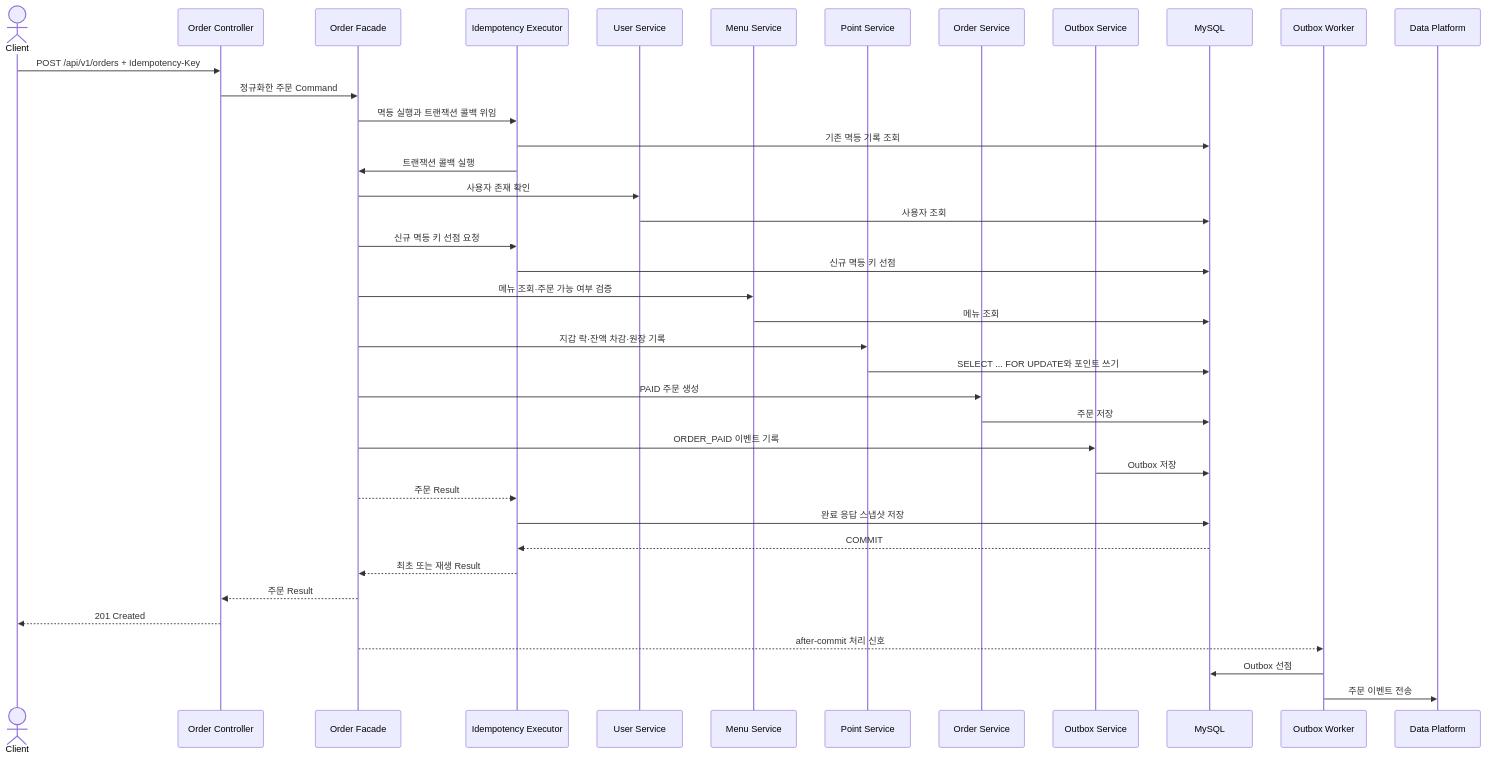
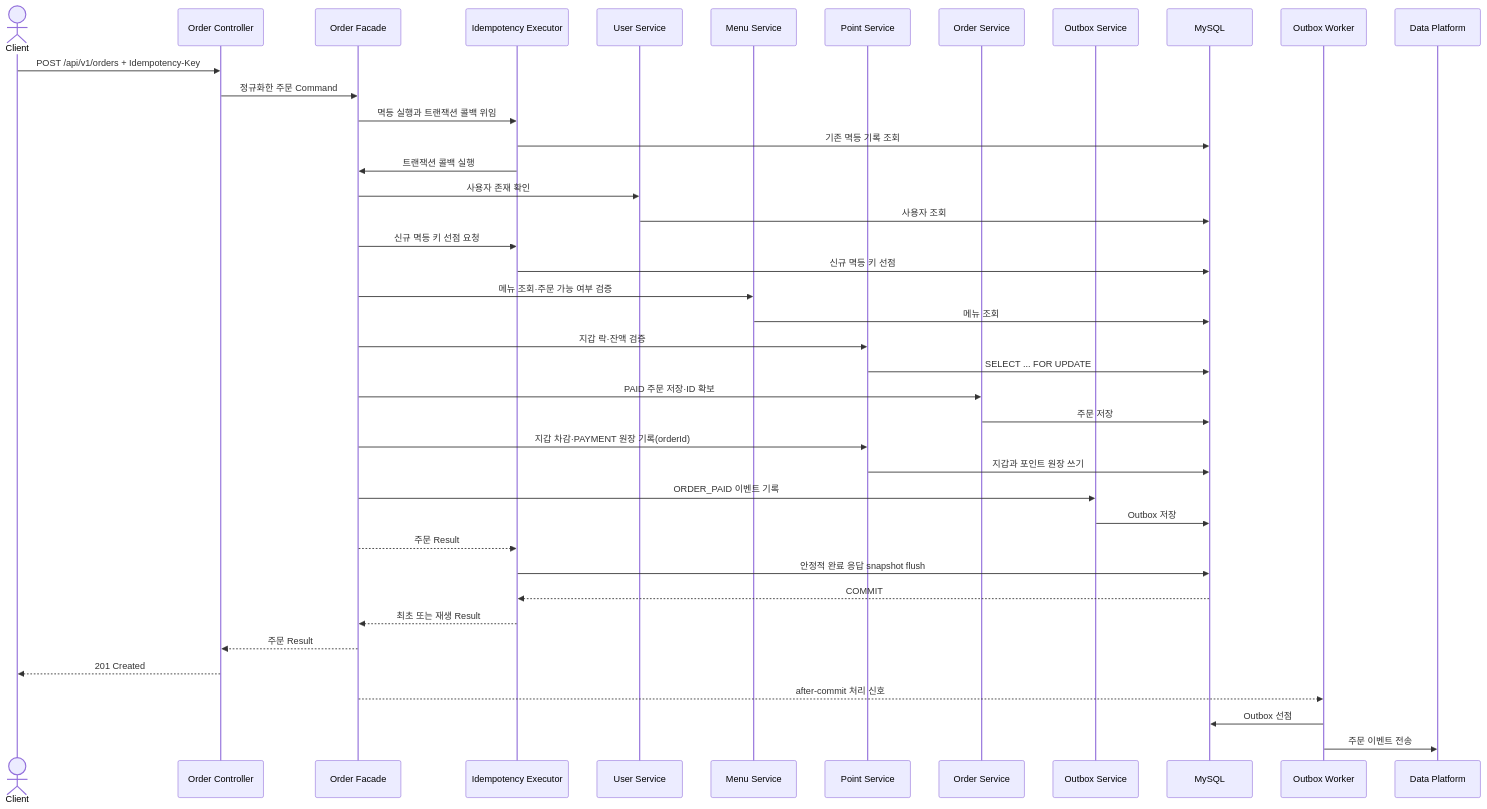
The fourth of 4 diagrams in docs/ARCHITECTURE.md (vanilalatte03/coffee-order-system), drawn with Mermaid before and after one commit. The commit also changed other lines of this file and 8 other files, not shown here.

````diff
--- a/docs/ARCHITECTURE.md
+++ b/docs/ARCHITECTURE.md
@@ -157,42 +163,44 @@
 ```mermaid
 sequenceDiagram
     actor C as Client
     participant API as Order Controller
     participant O as Order Facade
     participant I as Idempotency Executor
     participant U as User Service
     participant M as Menu Service
     participant PS as Point Service
     participant OS as Order Service
     participant X as Outbox Service
     participant DB as MySQL
     participant W as Outbox Worker
     participant DP as Data Platform
 
     C->>API: POST /api/v1/orders + Idempotency-Key
     API->>O: 정규화한 주문 Command
     O->>I: 멱등 실행과 트랜잭션 콜백 위임
     I->>DB: 기존 멱등 기록 조회
     I->>O: 트랜잭션 콜백 실행
     O->>U: 사용자 존재 확인
     U->>DB: 사용자 조회
     O->>I: 신규 멱등 키 선점 요청
     I->>DB: 신규 멱등 키 선점
     O->>M: 메뉴 조회·주문 가능 여부 검증
     M->>DB: 메뉴 조회
-    O->>PS: 지갑 락·잔액 차감·원장 기록
-    PS->>DB: SELECT ... FOR UPDATE와 포인트 쓰기
-    O->>OS: PAID 주문 생성
+    O->>PS: 지갑 락·잔액 검증
+    PS->>DB: SELECT ... FOR UPDATE
+    O->>OS: PAID 주문 저장·ID 확보
     OS->>DB: 주문 저장
+    O->>PS: 지갑 차감·PAYMENT 원장 기록(orderId)
+    PS->>DB: 지갑과 포인트 원장 쓰기
     O->>X: ORDER_PAID 이벤트 기록
     X->>DB: Outbox 저장
     O-->>I: 주문 Result
-    I->>DB: 완료 응답 스냅샷 저장
+    I->>DB: 안정적 완료 응답 snapshot flush
     DB-->>I: COMMIT
     I-->>O: 최초 또는 재생 Result
     O-->>API: 주문 Result
     API-->>C: 201 Created
     O-->>W: after-commit 처리 신호
     W->>DB: Outbox 선점
     W->>DP: 주문 이벤트 전송
 ```
````
